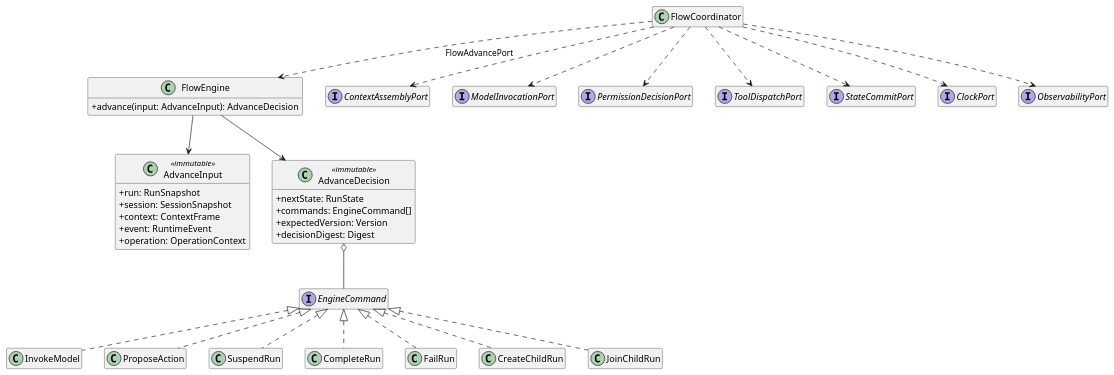
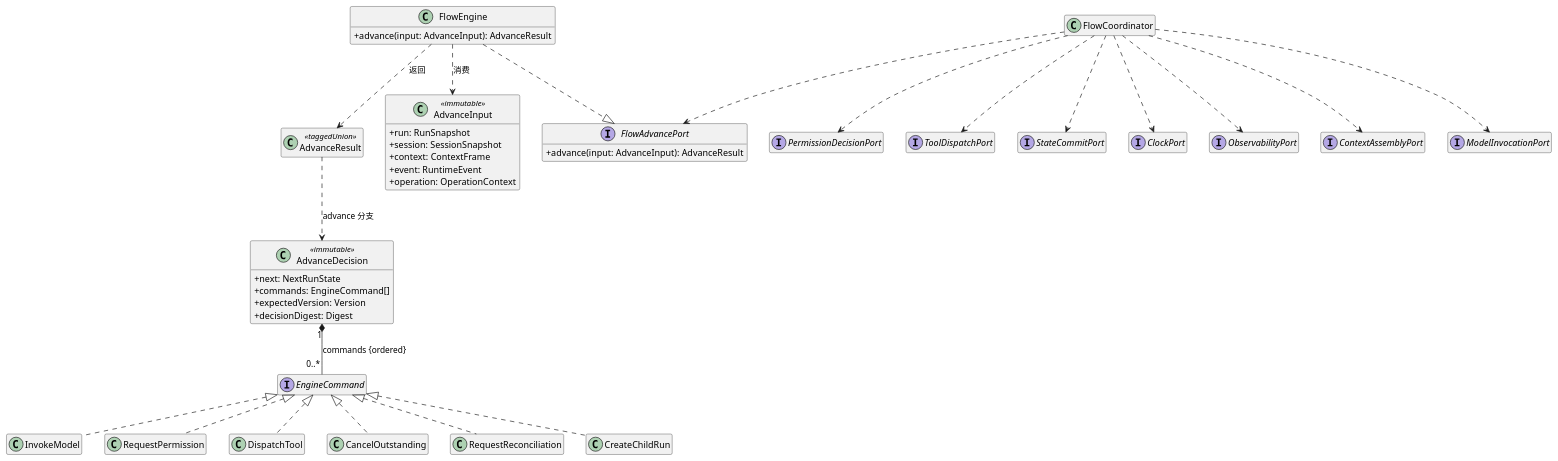
Before and after one commit to OscarChang46/pi: the third of 21 diagrams in packages/lawclaw-agent-kernel/docs/design/layers/l1-control/components/flow-engine.md, drawn with PlantUML. The commit also changed other lines of this file and 34 other files, not shown here.

Commit message:
feat(agent): implement FlowEngine state machine and design contracts

````diff
--- a/packages/lawclaw-agent-kernel/docs/design/layers/l1-control/components/flow-engine.md
+++ b/packages/lawclaw-agent-kernel/docs/design/layers/l1-control/components/flow-engine.md
@@ -299,64 +481,68 @@
 ```plantuml
 @startuml
 skinparam classAttributeIconSize 0
 hide empty members
 
 class FlowEngine {
-  +advance(input: AdvanceInput): AdvanceDecision
+  +advance(input: AdvanceInput): AdvanceResult
+}
+interface FlowAdvancePort {
+  +advance(input: AdvanceInput): AdvanceResult
 }
 
 class AdvanceInput <<immutable>> {
   +run: RunSnapshot
   +session: SessionSnapshot
   +context: ContextFrame
   +event: RuntimeEvent
   +operation: OperationContext
 }
 
 class AdvanceDecision <<immutable>> {
-  +nextState: RunState
+  +next: NextRunState
   +commands: EngineCommand[]
   +expectedVersion: Version
   +decisionDigest: Digest
 }
 
+class AdvanceResult <<taggedUnion>>
 interface EngineCommand
 class InvokeModel
-class ProposeAction
-class SuspendRun
-class CompleteRun
-class FailRun
+class RequestPermission
+class DispatchTool
+class CancelOutstanding
+class RequestReconciliation
 class CreateChildRun
-class JoinChildRun
 
 interface ContextAssemblyPort
 interface ModelInvocationPort
 interface PermissionDecisionPort
 interface ToolDispatchPort
 interface StateCommitPort
 interface ClockPort
 interface ObservabilityPort
 class FlowCoordinator
 
-FlowEngine --> AdvanceInput
-FlowEngine --> AdvanceDecision
-FlowCoordinator ..> FlowEngine : FlowAdvancePort
-AdvanceDecision o-- EngineCommand
+FlowEngine ..> AdvanceInput : 消费
+FlowEngine ..> AdvanceResult : 返回
+AdvanceResult ..> AdvanceDecision : advance 分支
+FlowCoordinator ..> FlowAdvancePort
+FlowEngine ..|> FlowAdvancePort
+AdvanceDecision "1" *-- "0..*" EngineCommand : commands {ordered}
 EngineCommand <|.. InvokeModel
-EngineCommand <|.. ProposeAction
-EngineCommand <|.. SuspendRun
-EngineCommand <|.. CompleteRun
-EngineCommand <|.. FailRun
+EngineCommand <|.. RequestPermission
+EngineCommand <|.. RequestReconciliation
+EngineCommand <|.. DispatchTool
+EngineCommand <|.. CancelOutstanding
 EngineCommand <|.. CreateChildRun
-EngineCommand <|.. JoinChildRun
 
 FlowCoordinator ..> ContextAssemblyPort
 FlowCoordinator ..> ModelInvocationPort
 FlowCoordinator ..> PermissionDecisionPort
 FlowCoordinator ..> ToolDispatchPort
 FlowCoordinator ..> StateCommitPort
 FlowCoordinator ..> ClockPort
 FlowCoordinator ..> ObservabilityPort
 
 @enduml
 ```
````
